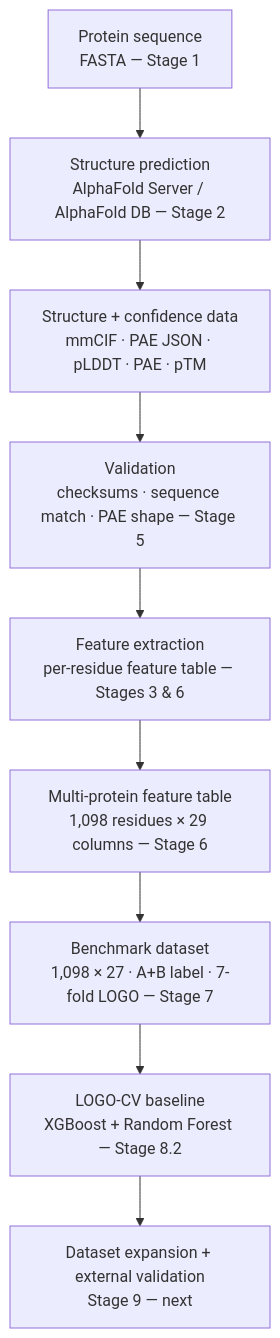
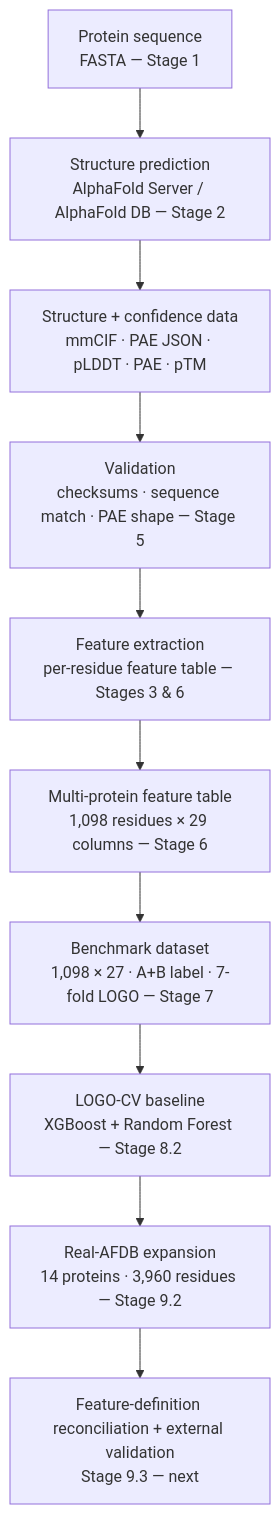
The diagram in README.md (kelvinchandradjayapranata-hue/ai-biotech), drawn with Mermaid before and after one commit. The commit also changed other lines of this file and 2 other files, not shown here.

First line of the commit message:
docs: record audited Stage 9.2 real-AFDB expansion

````diff
--- a/README.md
+++ b/README.md
@@ -114,11 +132,12 @@
 ```mermaid
 flowchart TD
     A["Protein sequence<br/>FASTA — Stage 1"] --> B["Structure prediction<br/>AlphaFold Server / AlphaFold DB — Stage 2"]
     B --> C["Structure + confidence data<br/>mmCIF · PAE JSON · pLDDT · PAE · pTM"]
     C --> D["Validation<br/>checksums · sequence match · PAE shape — Stage 5"]
     D --> E["Feature extraction<br/>per-residue feature table — Stages 3 & 6"]
     E --> F["Multi-protein feature table<br/>1,098 residues × 29 columns — Stage 6"]
     F --> G["Benchmark dataset<br/>1,098 × 27 · A+B label · 7-fold LOGO — Stage 7"]
     G --> H["LOGO-CV baseline<br/>XGBoost + Random Forest — Stage 8.2"]
-    H --> I["Dataset expansion + external validation<br/>Stage 9 — next"]
+    H --> I["Real-AFDB expansion<br/>14 proteins · 3,960 residues — Stage 9.2"]
+    I --> J["Feature-definition reconciliation + external validation<br/>Stage 9.3 — next"]
 ```
````
